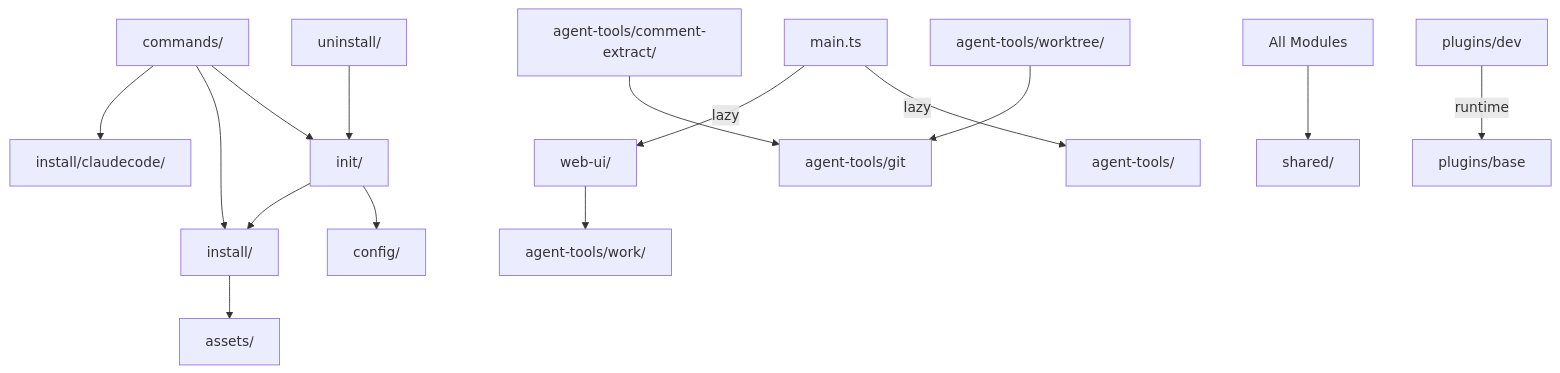
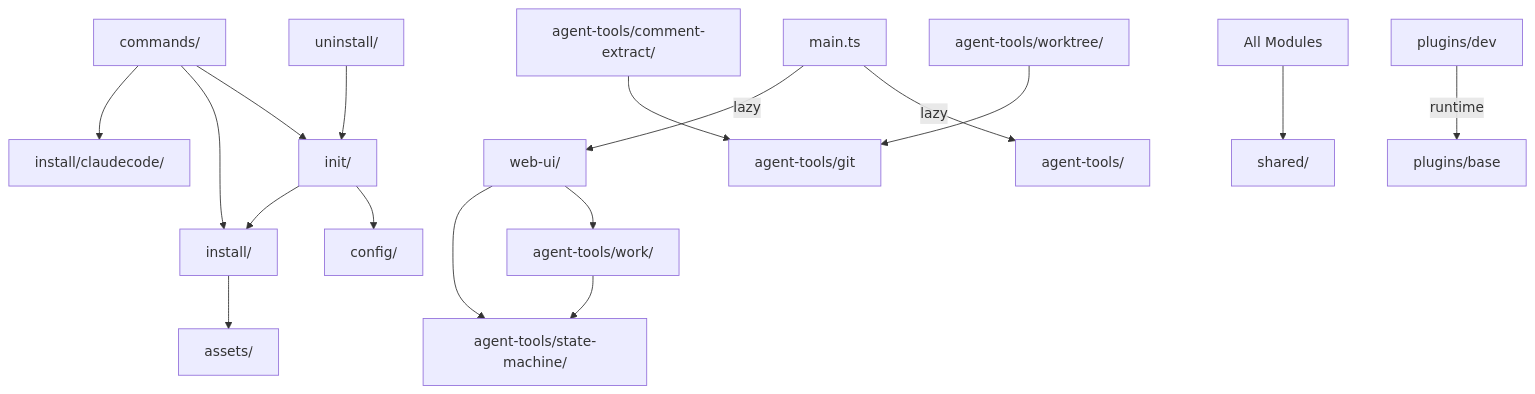
The diagram in .rp1/context/modules.md (rp1-run/rp1), drawn with Mermaid before and after one commit. The commit also changed other lines of this file and 6 other files, not shown here.

````diff
--- a/.rp1/context/modules.md
+++ b/.rp1/context/modules.md
@@ -78,17 +85,19 @@
 ```mermaid
 graph TD
     Commands[commands/] --> Init[init/]
     Commands --> Install[install/]
     Commands --> InstallCC[install/claudecode/]
     Main[main.ts] -->|lazy| AgentTools[agent-tools/]
     Main -->|lazy| WebUI[web-ui/]
     Install --> Assets[assets/]
     Init --> Config[config/]
     Init --> Install
     Uninstall[uninstall/] --> Init
     WebUI --> Work[agent-tools/work/]
+    WebUI --> StateMachine[agent-tools/state-machine/]
+    Work --> StateMachine
     Worktree[agent-tools/worktree/] --> Git[agent-tools/git]
     CommentExtract[agent-tools/comment-extract/] --> Git
     All[All Modules] --> Shared[shared/]
     DevPlugin[plugins/dev] -->|runtime| BasePlugin[plugins/base]
 ```
````
